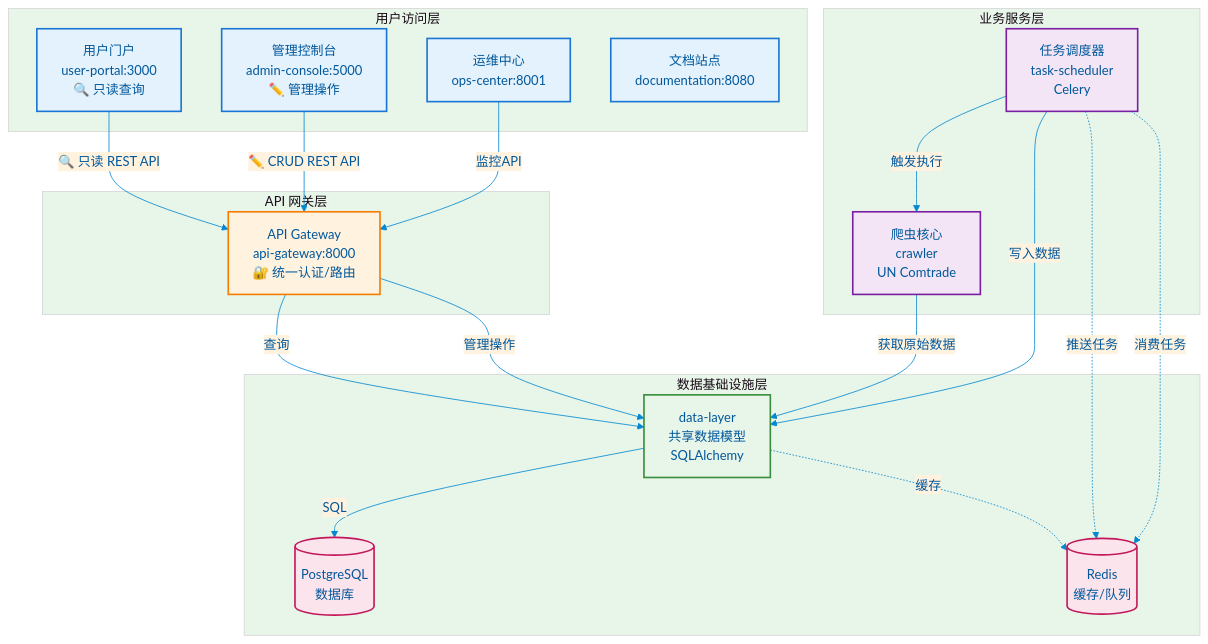
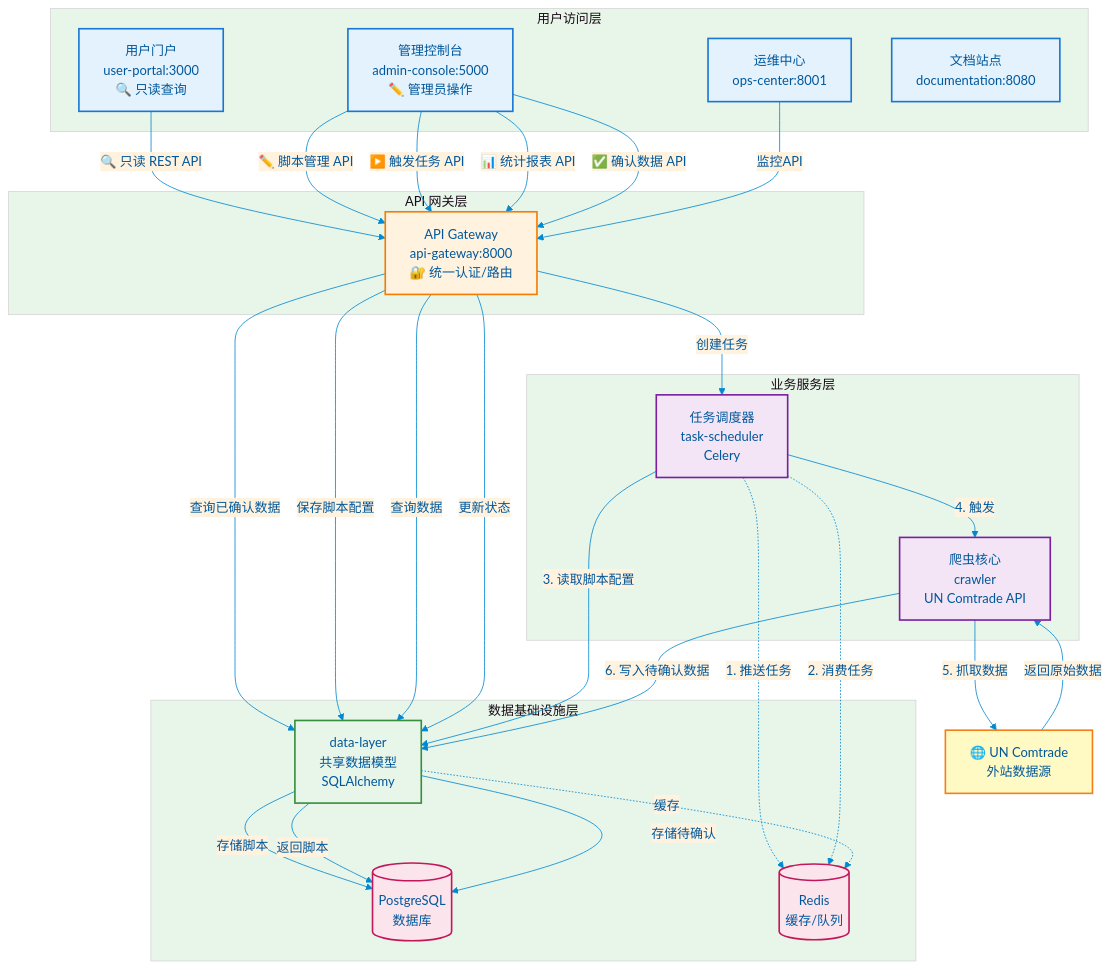
The first of 2 diagrams in README.md (Kryon-4Y4/C_Hot), drawn with Mermaid before and after one commit. The commit also changed other lines of this file, not shown here.

````diff
--- a/README.md
+++ b/README.md
@@ -9,61 +9,80 @@
 ```mermaid
 %%{init: {'theme': 'base', 'themeVariables': { 'primaryColor': '#e1f5fe', 'primaryTextColor': '#01579b', 'primaryBorderColor': '#0288d1', 'lineColor': '#0288d1', 'secondaryColor': '#fff3e0', 'tertiaryColor': '#e8f5e9'}}}%%
 
 graph TB
     subgraph 用户层[用户访问层]
         PORTAL[用户门户<br/>user-portal:3000<br/>🔍 只读查询]
-        ADMIN[管理控制台<br/>admin-console:5000<br/>✏️ 管理操作]
+        ADMIN[管理控制台<br/>admin-console:5000<br/>✏️ 管理员操作]
         OPS[运维中心<br/>ops-center:8001]
         DOCS[文档站点<br/>documentation:8080]
     end
 
     subgraph 网关层[API 网关层]
         APIGW[API Gateway<br/>api-gateway:8000<br/>🔐 统一认证/路由]
     end
 
     subgraph 服务层[业务服务层]
         SCHEDULER[任务调度器<br/>task-scheduler<br/>Celery]
-        CRAWLER[爬虫核心<br/>crawler<br/>UN Comtrade]
+        CRAWLER[爬虫核心<br/>crawler<br/>UN Comtrade API]
     end
 
     subgraph 数据层[数据基础设施层]
         DATALAYER[data-layer<br/>共享数据模型<br/>SQLAlchemy]
         POSTGRES[(PostgreSQL<br/>数据库)]
         REDIS[(Redis<br/>缓存/队列)]
     end
 
-    %% 所有前端应用都通过 API Gateway
+    %% ========== 用户门户：只读查询 ==========
     PORTAL -->|🔍 只读 REST API| APIGW
-    ADMIN -->|✏️ CRUD REST API| APIGW
+    APIGW -->|查询已确认数据| DATALAYER
+    
+    %% ========== 管理员操作流 ==========
+    %% 1. 脚本管理（CRUD脚本配置）
+    ADMIN -->|✏️ 脚本管理 API| APIGW
+    APIGW -->|保存脚本配置| DATALAYER
+    DATALAYER -->|存储脚本| POSTGRES
+    
+    %% 2. 触发爬虫任务（仅管理员）
+    ADMIN -->|▶️ 触发任务 API| APIGW
+    APIGW -->|创建任务| SCHEDULER
+    
+    %% 3. 查看报表（管理员）
+    ADMIN -->|📊 统计报表 API| APIGW
+    APIGW -->|查询数据| DATALAYER
+    
+    %% 4. 数据确认（管理员审核）
+    ADMIN -->|✅ 确认数据 API| APIGW
+    APIGW -->|更新状态| DATALAYER
+    
+    %% ========== 爬虫任务执行流 ==========
+    SCHEDULER -.->|1. 推送任务| REDIS
+    SCHEDULER -.->|2. 消费任务| REDIS
+    SCHEDULER -->|3. 读取脚本配置| DATALAYER
+    DATALAYER -->|返回脚本| POSTGRES
+    SCHEDULER -->|4. 触发| CRAWLER
+    CRAWLER -->|5. 抓取数据| EXTERNAL[🌐 UN Comtrade<br/>外站数据源]
+    EXTERNAL -->|返回原始数据| CRAWLER
+    CRAWLER -->|6. 写入待确认数据| DATALAYER
+    DATALAYER -->|存储待确认| POSTGRES
+    
+    %% ========== 运维监控 ==========
     OPS -->|监控API| APIGW
     
-    %% API Gateway 统一访问数据层
-    APIGW -->|查询| DATALAYER
-    APIGW -->|管理操作| DATALAYER
-    
-    %% 任务调度流（后台服务直连数据层）
-    SCHEDULER -->|触发执行| CRAWLER
-    SCHEDULER -->|写入数据| DATALAYER
-    CRAWLER -->|获取原始数据| DATALAYER
-    
-    %% 队列（Celery任务队列）
-    SCHEDULER -.->|推送任务| REDIS
-    SCHEDULER -.->|消费任务| REDIS
-    
-    %% 数据层到存储
-    DATALAYER -->|SQL| POSTGRES
+    %% ========== 数据层内部 ==========
     DATALAYER -.->|缓存| REDIS
 
     %% 样式
     classDef frontend fill:#e3f2fd,stroke:#1976d2,stroke-width:2px
     classDef gateway fill:#fff3e0,stroke:#f57c00,stroke-width:2px
     classDef service fill:#f3e5f5,stroke:#7b1fa2,stroke-width:2px
     classDef data fill:#e8f5e9,stroke:#388e3c,stroke-width:2px
     classDef storage fill:#fce4ec,stroke:#c2185b,stroke-width:2px
+    classDef external fill:#fff9c4,stroke:#f57f17,stroke-width:2px
     
     class PORTAL,ADMIN,OPS,DOCS frontend
     class APIGW gateway
     class SCHEDULER,CRAWLER service
     class DATALAYER data
     class POSTGRES,REDIS storage
+    class EXTERNAL external
 ```
````
